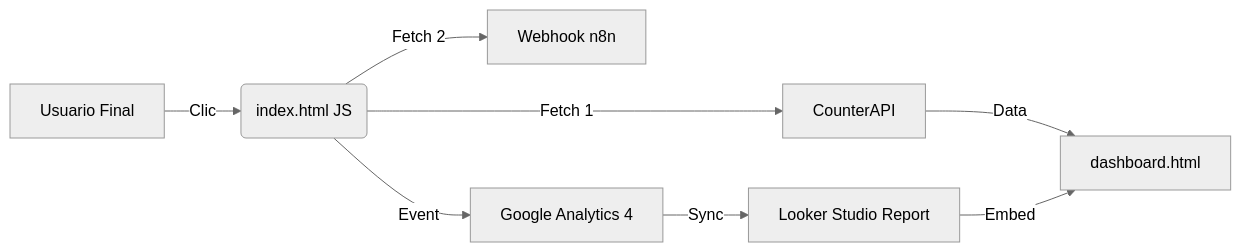
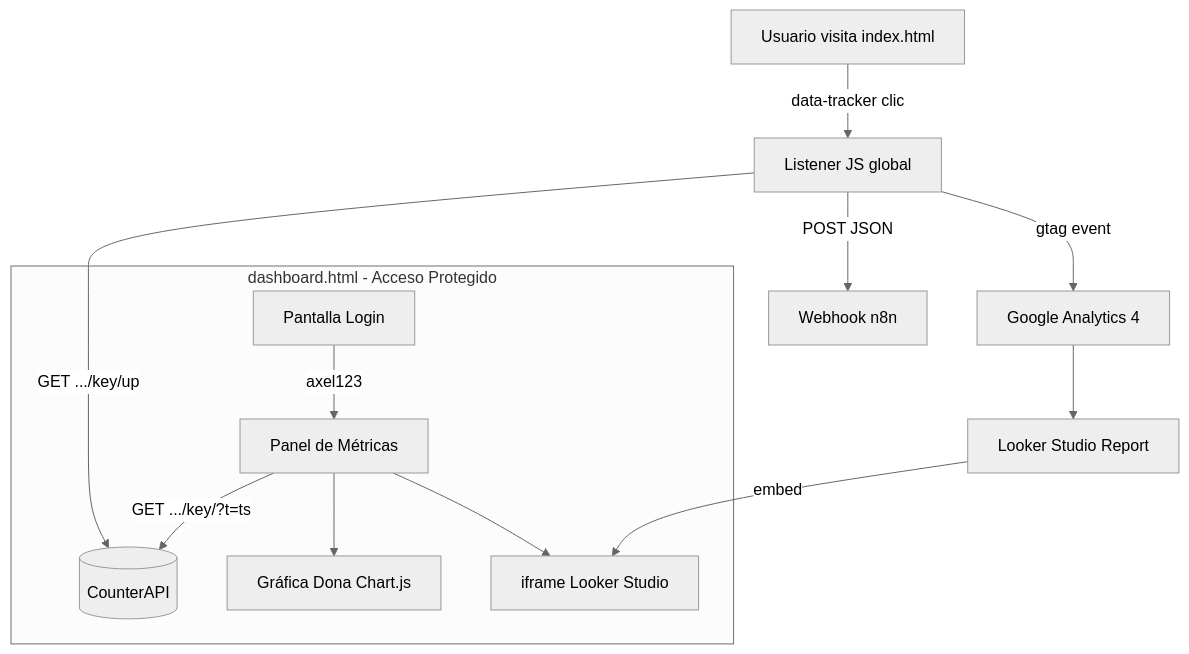
One commit to AXELONGO/AXELONGO.github.io changed the diagram in DOCUMENTACION_SISTEMA_V2.md. Above: the diagram before and after it, drawn with Mermaid (neutral theme). The commit also changed other lines of this file and 1 other file, not shown here.

Commit message:
Refactor: Buenas practicas en dashboard.html + Documentacion v3.0 con flujo completo de metricas y auth

````diff
--- a/DOCUMENTACION_SISTEMA_V2.md
+++ b/DOCUMENTACION_SISTEMA_V2.md
@@ -148,10 +161,17 @@
 ```mermaid
-graph LR
-    A[Usuario Final] -- Clic --> B(index.html JS)
-    B -- Fetch 1 --> C[CounterAPI]
-    B -- Fetch 2 --> D[Webhook n8n]
-    B -- Event --> E[Google Analytics 4]
-    C -- Data --> F[dashboard.html]
-    E -- Sync --> G[Looker Studio Report]
-    G -- Embed --> F
+graph TD
+    U[Usuario visita index.html] -->|data-tracker clic| JS[Listener JS global]
+    JS -->|GET .../key/up| CA[(CounterAPI)]
+    JS -->|POST JSON| N8N[Webhook n8n]
+    JS -->|gtag event| GA4[Google Analytics 4]
+    GA4 --> LS[Looker Studio Report]
+
+    subgraph dashboard.html - Acceso Protegido
+        LOGIN[Pantalla Login] -->|axel123| DASH[Panel de Métricas]
+        DASH -->|GET .../key/?t=ts| CA
+        DASH --> CHART[Gráfica Dona Chart.js]
+        DASH --> IFRAME[iframe Looker Studio]
+    end
+
+    LS -->|embed| IFRAME
 ```
````
